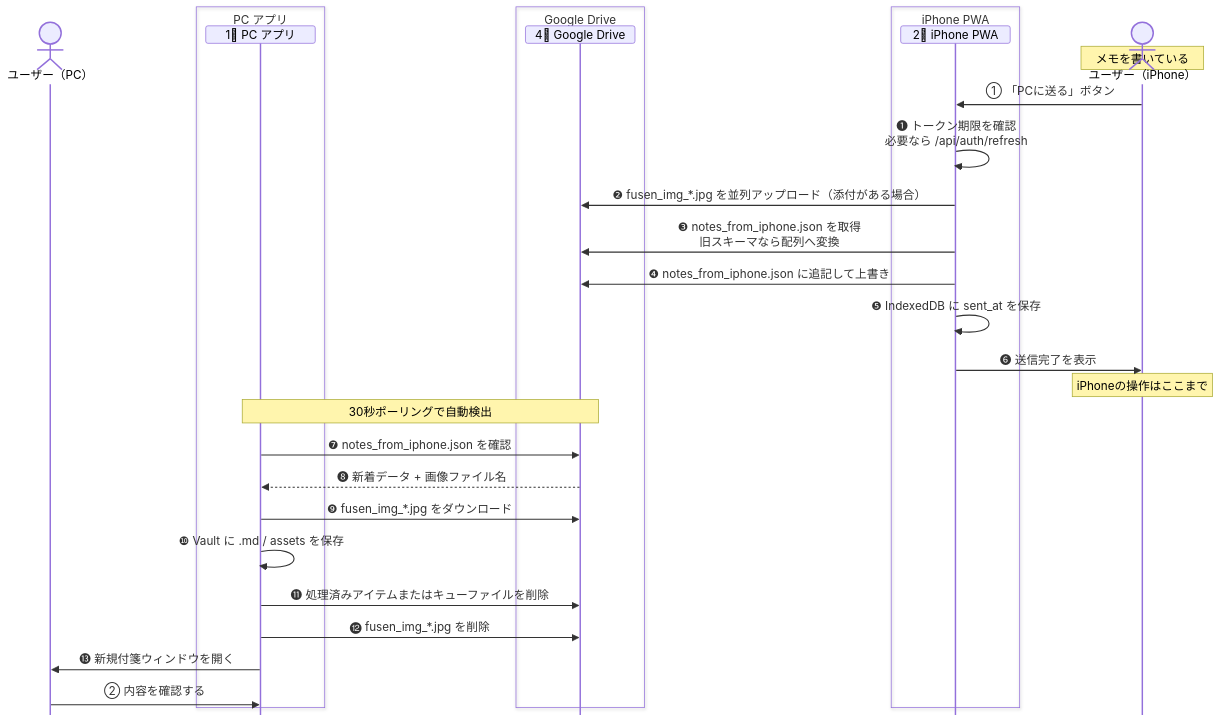
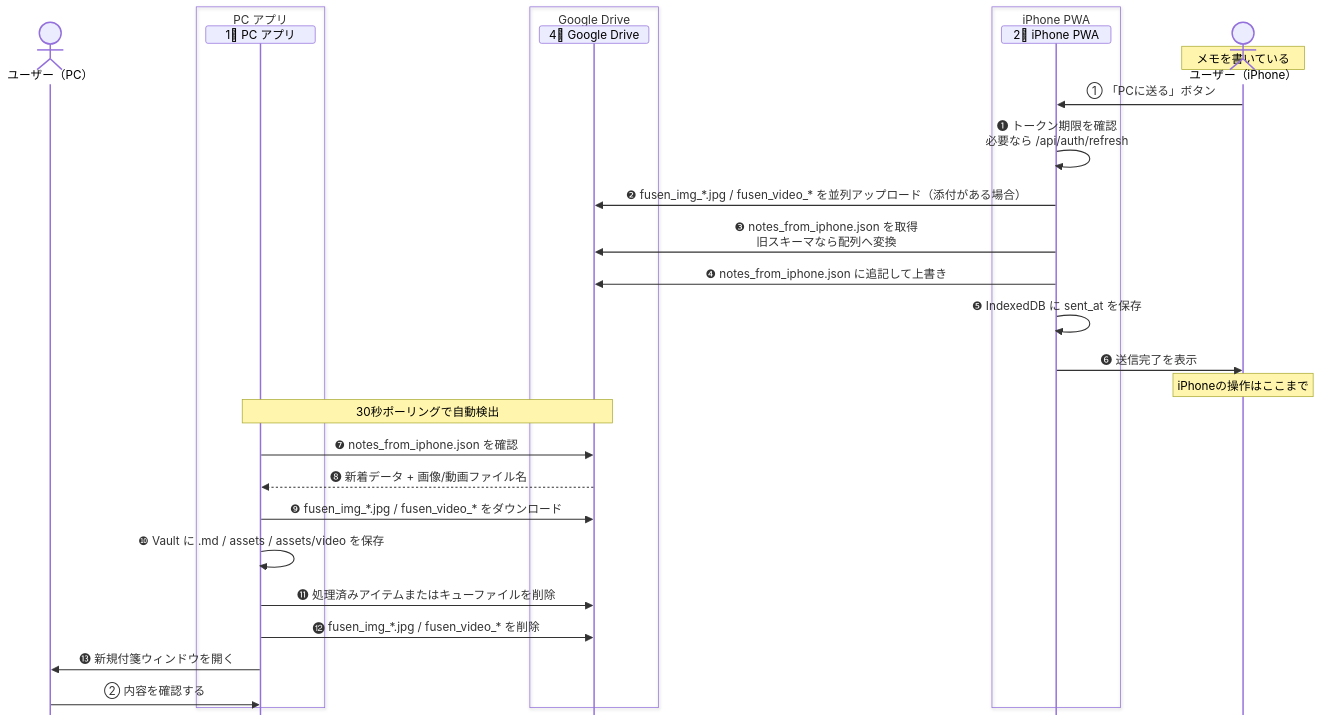
One commit to ore-no-fusen/ore-no-fusen changed the fourth of 6 diagrams in docs-v2/003_IPHONE.md. Above: the diagram before and after it, drawn with Mermaid. The commit also changed other lines of this file and 26 other files, not shown here.

````diff
--- a/docs-v2/003_IPHONE.md
+++ b/docs-v2/003_IPHONE.md
@@ -757,35 +774,35 @@
 ```mermaid
 %%{init: {'sequence': {'messageMargin': 8, 'mirrorActors': false, 'height': 24, 'boxMargin': 4, 'noteMargin': 6}}}%%
 sequenceDiagram
     actor UserPC as ユーザー（PC）
     box PC アプリ
         participant PC as 1⃣ PC アプリ
     end
     box Google Drive
         participant Drive as 4⃣ Google Drive
     end
     box iPhone PWA
         participant PWA as 2⃣ iPhone PWA
     end
     actor UserPhone as ユーザー（iPhone）
 
     Note over UserPhone: メモを書いている
     UserPhone->>PWA: ① 「PCに送る」ボタン
     PWA->>PWA: ❶ トークン期限を確認<br>必要なら /api/auth/refresh
-    PWA->>Drive: ❷ fusen_img_*.jpg を並列アップロード（添付がある場合）
+    PWA->>Drive: ❷ fusen_img_*.jpg / fusen_video_* を並列アップロード（添付がある場合）
     PWA->>Drive: ❸ notes_from_iphone.json を取得<br>旧スキーマなら配列へ変換
     PWA->>Drive: ❹ notes_from_iphone.json に追記して上書き
     PWA->>PWA: ❺ IndexedDB に sent_at を保存
     PWA->>UserPhone: ❻ 送信完了を表示
     Note over UserPhone: iPhoneの操作はここまで
 
     Note over Drive,PC: 30秒ポーリングで自動検出
     PC->>Drive: ❼ notes_from_iphone.json を確認
-    Drive-->>PC: ❽ 新着データ + 画像ファイル名
-    PC->>Drive: ❾ fusen_img_*.jpg をダウンロード
-    PC->>PC: ❿ Vault に .md / assets を保存
+    Drive-->>PC: ❽ 新着データ + 画像/動画ファイル名
+    PC->>Drive: ❾ fusen_img_*.jpg / fusen_video_* をダウンロード
+    PC->>PC: ❿ Vault に .md / assets / assets/video を保存
     PC->>Drive: ⓫ 処理済みアイテムまたはキューファイルを削除
-    PC->>Drive: ⓬ fusen_img_*.jpg を削除
+    PC->>Drive: ⓬ fusen_img_*.jpg / fusen_video_* を削除
     PC->>UserPC: ⓭ 新規付箋ウィンドウを開く
     UserPC->>PC: ② 内容を確認する
 ```
````
